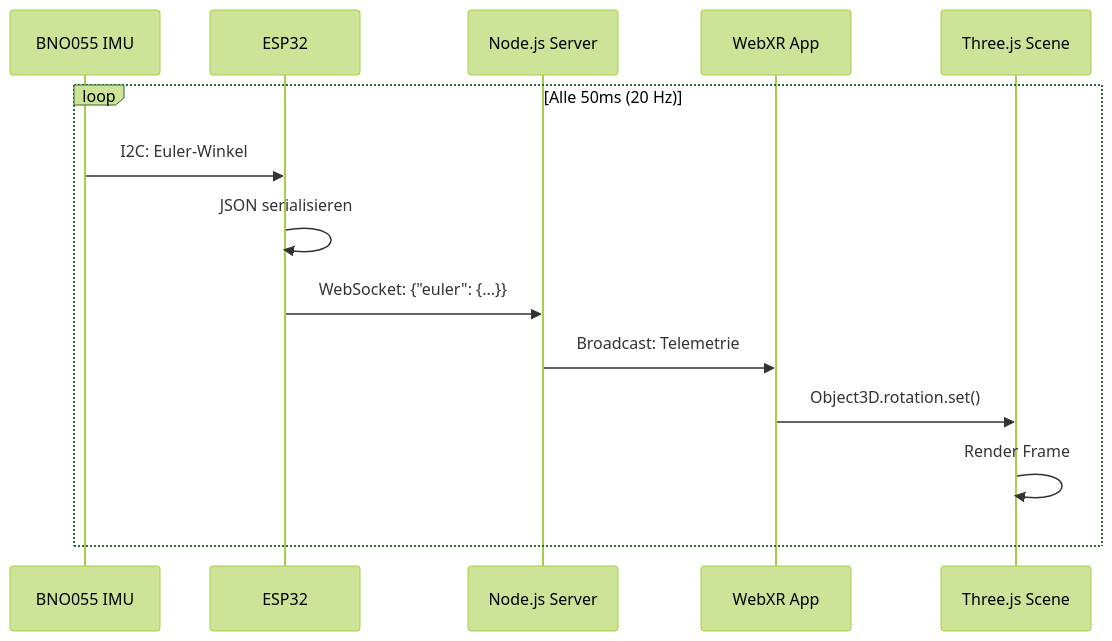
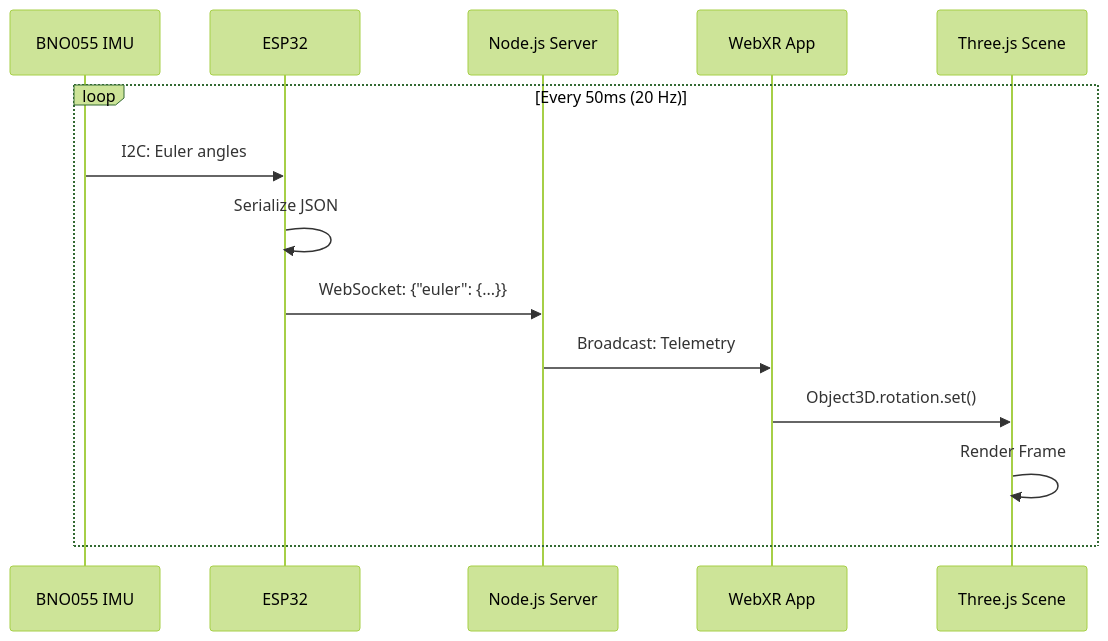
One commit to dweigend/neural-flight changed the first of 5 diagrams in docs/PROJEKT_STRUKTUR.md. Above: the diagram before and after it, drawn with Mermaid (forest theme). The commit also changed other lines of this file and 31 other files, not shown here.

````diff
--- a/docs/PROJEKT_STRUKTUR.md
+++ b/docs/PROJEKT_STRUKTUR.md
@@ -597,17 +597,17 @@
 ```mermaid
 sequenceDiagram
     participant BNO as BNO055 IMU
     participant ESP as ESP32
     participant SRV as Node.js Server
     participant APP as WebXR App
     participant THR as Three.js Scene
     
-    loop Alle 50ms (20 Hz)
-        BNO->>ESP: I2C: Euler-Winkel
-        ESP->>ESP: JSON serialisieren
+    loop Every 50ms (20 Hz)
+        BNO->>ESP: I2C: Euler angles
+        ESP->>ESP: Serialize JSON
         ESP->>SRV: WebSocket: {"euler": {...}}
-        SRV->>APP: Broadcast: Telemetrie
+        SRV->>APP: Broadcast: Telemetry
         APP->>THR: Object3D.rotation.set()
         THR->>THR: Render Frame
     end
 ```
````
